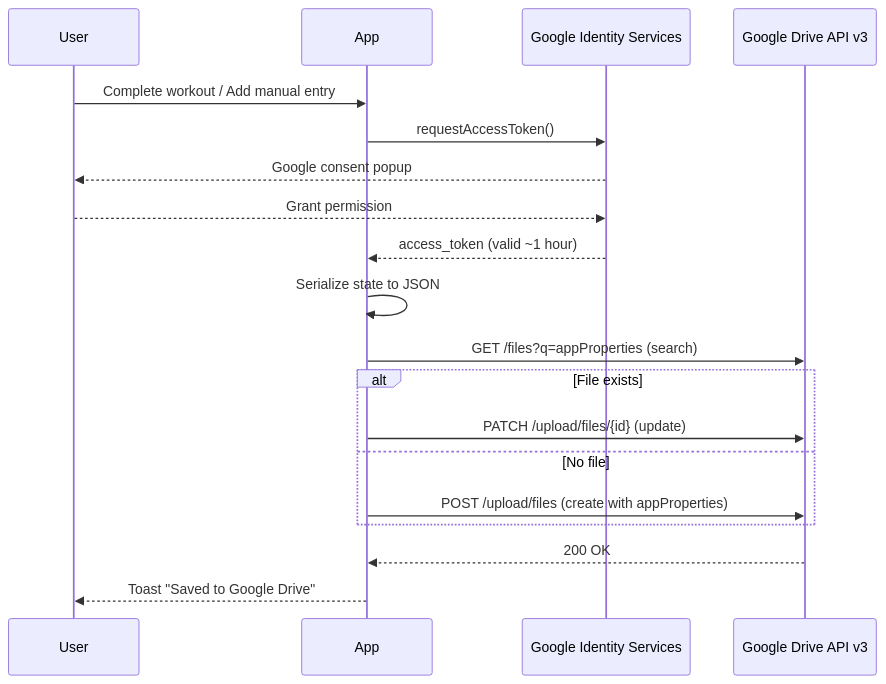
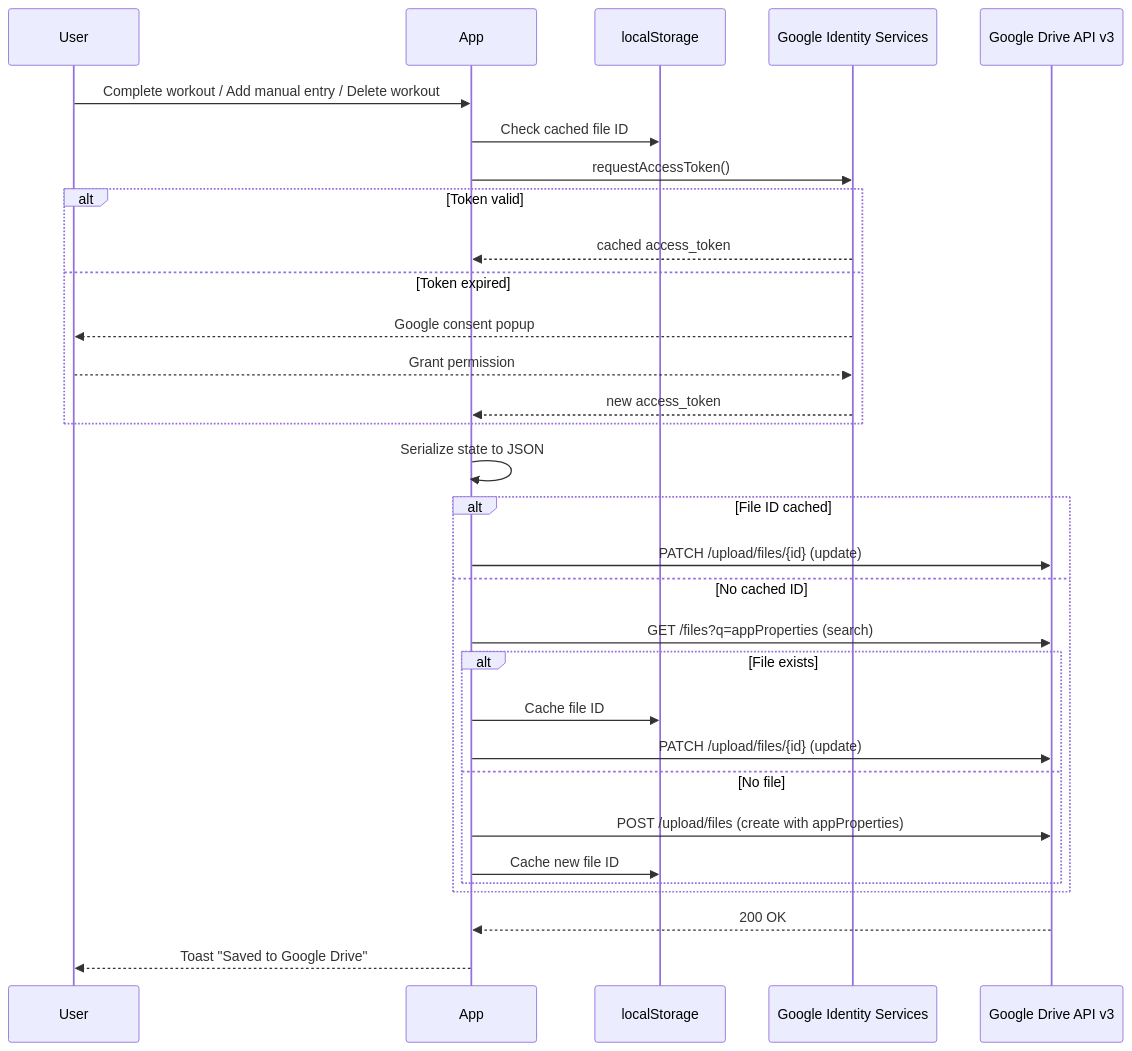
One commit to ismisepaul/strength5x5 changed the first of 2 diagrams in docs/google-drive-sync.md. Above: the diagram before and after it, drawn with Mermaid. The commit also changed other lines of this file and 3 other files, not shown here.

````diff
--- a/docs/google-drive-sync.md
+++ b/docs/google-drive-sync.md
@@ -7,22 +20,34 @@
 ```mermaid
 sequenceDiagram
     participant User
     participant App
+    participant LS as localStorage
     participant GIS as Google Identity Services
     participant Drive as Google Drive API v3
 
-    User->>App: Complete workout / Add manual entry
+    User->>App: Complete workout / Add manual entry / Delete workout
+    App->>LS: Check cached file ID
     App->>GIS: requestAccessToken()
-    GIS-->>User: Google consent popup
-    User-->>GIS: Grant permission
-    GIS-->>App: access_token (valid ~1 hour)
+    alt Token valid
+        GIS-->>App: cached access_token
+    else Token expired
+        GIS-->>User: Google consent popup
+        User-->>GIS: Grant permission
+        GIS-->>App: new access_token
+    end
     App->>App: Serialize state to JSON
-    App->>Drive: GET /files?q=appProperties (search)
-    alt File exists
+    alt File ID cached
         App->>Drive: PATCH /upload/files/{id} (update)
-    else No file
-        App->>Drive: POST /upload/files (create with appProperties)
+    else No cached ID
+        App->>Drive: GET /files?q=appProperties (search)
+        alt File exists
+            App->>LS: Cache file ID
+            App->>Drive: PATCH /upload/files/{id} (update)
+        else No file
+            App->>Drive: POST /upload/files (create with appProperties)
+            App->>LS: Cache new file ID
+        end
     end
     Drive-->>App: 200 OK
     App-->>User: Toast "Saved to Google Drive"
 ```
````
